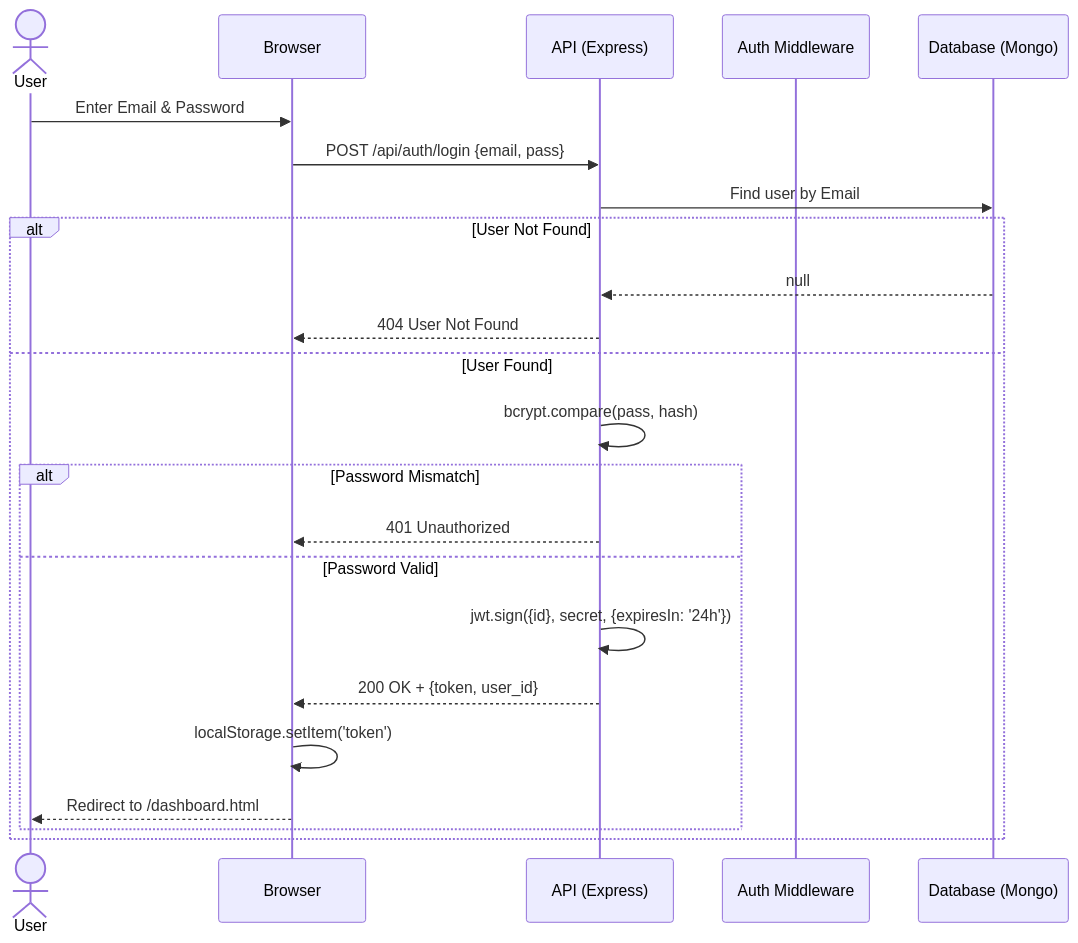
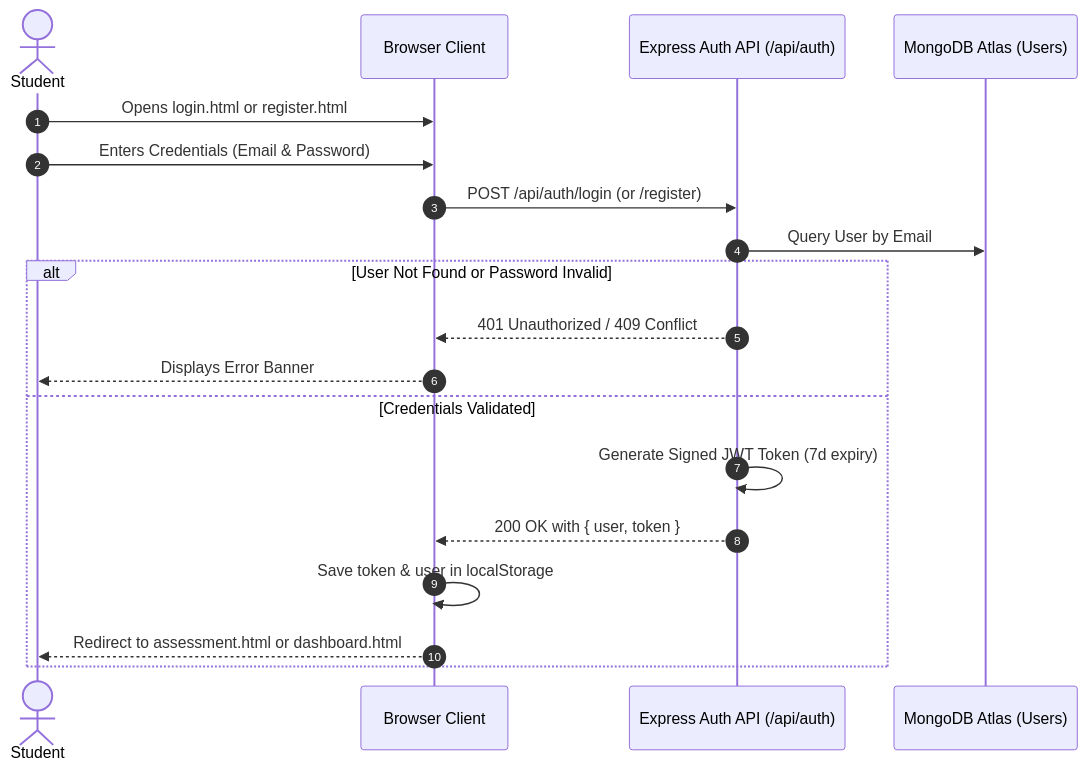
Before and after one commit to parthpatil1234p-svg/disheera: the first of 4 diagrams in docs/APP-FLOW.md, drawn with Mermaid. The commit also changed other lines of this file and 30 other files, not shown here.

````diff
--- a/docs/APP-FLOW.md
+++ b/docs/APP-FLOW.md
@@ -12,26 +13,22 @@
 ```mermaid
 sequenceDiagram
-    actor User
-    participant Browser
-    participant API (Express)
-    participant Auth Middleware
-    participant Database (Mongo)
+    autonumber
+    actor Student as Student
+    participant Browser as Browser Client
+    participant API as Express Auth API (/api/auth)
+    participant DB as MongoDB Atlas (Users)
 
-    User->>Browser: Enter Email & Password
-    Browser->>API (Express): POST /api/auth/login {email, pass}
-    API (Express)->>Database (Mongo): Find user by Email
-    alt User Not Found
-        Database (Mongo)-->>API (Express): null
-        API (Express)-->>Browser: 404 User Not Found
-    else User Found
-        API (Express)->>API (Express): bcrypt.compare(pass, hash)
-        alt Password Mismatch
-            API (Express)-->>Browser: 401 Unauthorized
-        else Password Valid
-            API (Express)->>API (Express): jwt.sign({id}, secret, {expiresIn: '24h'})
-            API (Express)-->>Browser: 200 OK + {token, user_id}
-            Browser->>Browser: localStorage.setItem('token')
-            Browser-->>User: Redirect to /dashboard.html
-        end
+    Student->>Browser: Opens login.html or register.html
+    Student->>Browser: Enters Credentials (Email & Password)
+    Browser->>API: POST /api/auth/login (or /register)
+    API->>DB: Query User by Email
+    alt User Not Found or Password Invalid
+        API-->>Browser: 401 Unauthorized / 409 Conflict
+        Browser-->>Student: Displays Error Banner
+    else Credentials Validated
+        API->>API: Generate Signed JWT Token (7d expiry)
+        API-->>Browser: 200 OK with { user, token }
+        Browser->>Browser: Save token & user in localStorage
+        Browser-->>Student: Redirect to assessment.html or dashboard.html
     end
 ```
````
